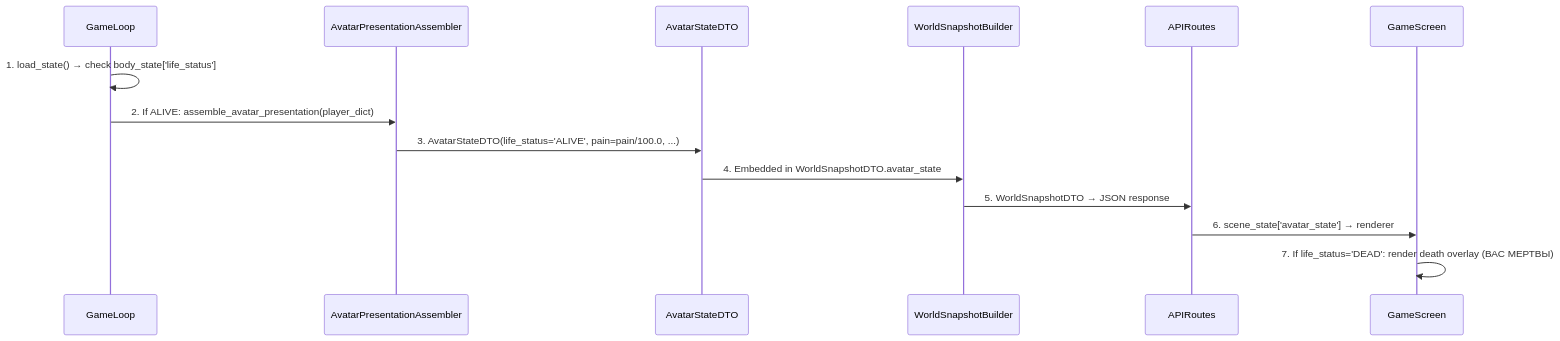
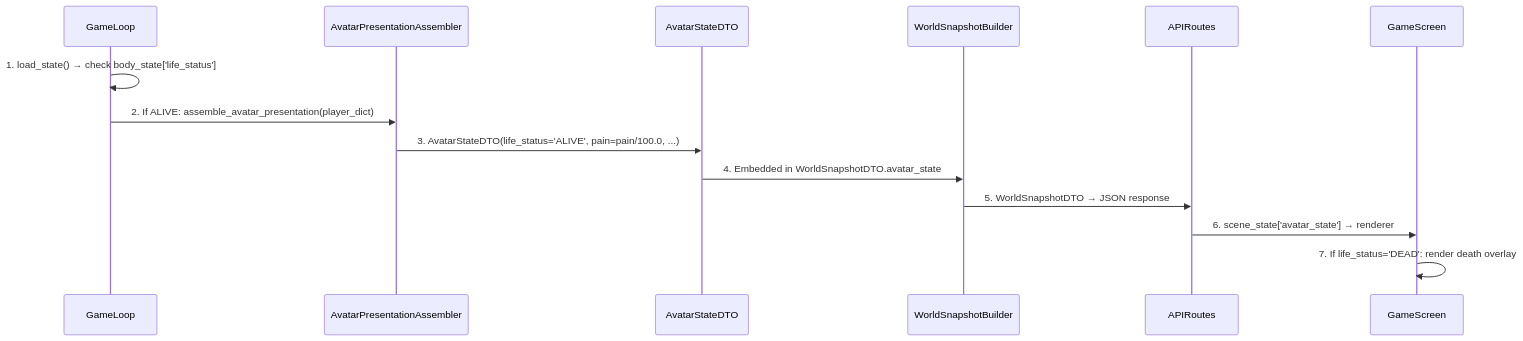
One commit to 4Um4/Enigma changed diagram 16 of 29 in docs/ARCHITECTURE_FLOW_GENERATED.md. Above: the diagram before and after it, drawn with Mermaid. The commit also changed other lines of this file and 768 other files, not shown here.

````diff
--- a/docs/ARCHITECTURE_FLOW_GENERATED.md
+++ b/docs/ARCHITECTURE_FLOW_GENERATED.md
@@ -620,16 +794,16 @@
 ```mermaid
 sequenceDiagram
 participant GameLoop
 participant AvatarPresentationAssembler
 participant AvatarStateDTO
 participant WorldSnapshotBuilder
 participant APIRoutes
 participant GameScreen
 GameLoop->>GameLoop: 1. load_state() → check body_state['life_status']
 GameLoop->>AvatarPresentationAssembler: 2. If ALIVE: assemble_avatar_presentation(player_dict)
 AvatarPresentationAssembler->>AvatarStateDTO: 3. AvatarStateDTO(life_status='ALIVE', pain=pain/100.0, ...)
 AvatarStateDTO->>WorldSnapshotBuilder: 4. Embedded in WorldSnapshotDTO.avatar_state
 WorldSnapshotBuilder->>APIRoutes: 5. WorldSnapshotDTO → JSON response
 APIRoutes->>GameScreen: 6. scene_state['avatar_state'] → renderer
-GameScreen->>GameScreen: 7. If life_status='DEAD': render death overlay (ВАС МЕРТВЫ)
+GameScreen->>GameScreen: 7. If life_status='DEAD': render death overlay
 ```
````
